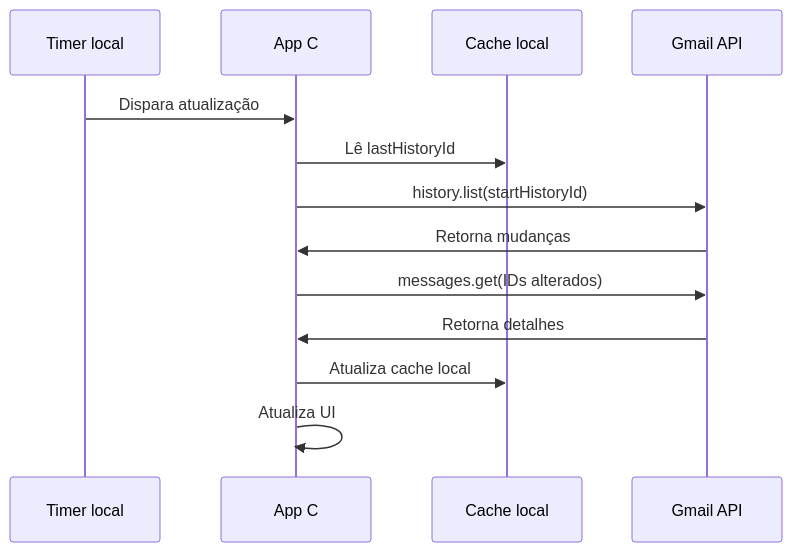
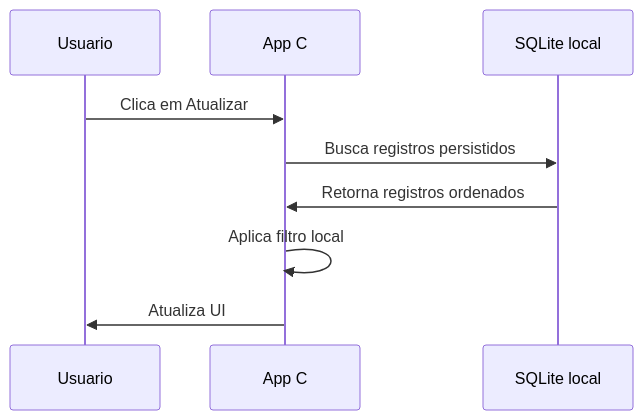
The diagram in docs/04-sincronizacao-incremental-sequence.mmd (Bruno-BRG/RebEasy), drawn with Mermaid before and after one commit. The commit also changed 31 other files, not shown here.

Commit message:
Switch RehabEasy import flow to transfer API

```diff
--- a/docs/04-sincronizacao-incremental-sequence.mmd
+++ b/docs/04-sincronizacao-incremental-sequence.mmd
@@ -1,14 +1,10 @@
 sequenceDiagram
-    participant T as Timer local
+    participant U as Usuario
     participant APP as App C#
-    participant DB as Cache local
-    participant G as Gmail API
+    participant DB as SQLite local
 
-    T->>APP: Dispara atualização
-    APP->>DB: Lê lastHistoryId
-    APP->>G: history.list(startHistoryId)
-    G->>APP: Retorna mudanças
-    APP->>G: messages.get(IDs alterados)
-    G->>APP: Retorna detalhes
-    APP->>DB: Atualiza cache local
-    APP->>APP: Atualiza UI
+    U->>APP: Clica em Atualizar
+    APP->>DB: Busca registros persistidos
+    DB->>APP: Retorna registros ordenados
+    APP->>APP: Aplica filtro local
+    APP->>U: Atualiza UI
```
